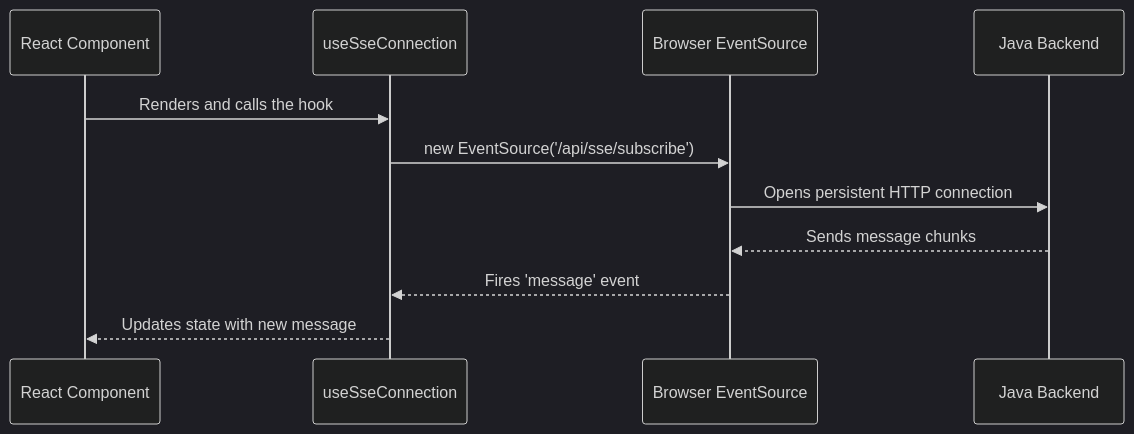
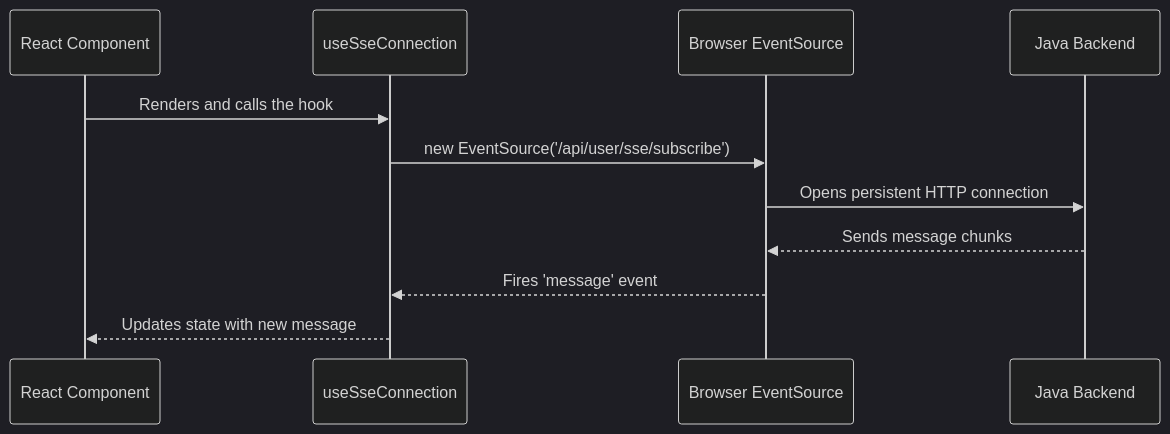
The diagram in broadcast-microservice/docs/00_react_frontend.md (rsrini7/Notification-SSE-GLM-Flux), drawn with Mermaid (dark theme) before and after one commit. The commit also changed 19 other files, not shown here.

First line of the commit message:
refactor(sse): update SSE endpoint paths to include '/user' prefix

````diff
--- a/broadcast-microservice/docs/00_react_frontend.md
+++ b/broadcast-microservice/docs/00_react_frontend.md
@@ -45,14 +45,14 @@
 ```mermaid
 sequenceDiagram
     participant Component as React Component
     participant Hook as useSseConnection
     participant EventSource as Browser EventSource
     participant Backend as Java Backend
 
     Component->>Hook: Renders and calls the hook
-    Hook->>EventSource: new EventSource('/api/sse/subscribe')
+    Hook->>EventSource: new EventSource('/api/user/sse/subscribe')
     EventSource->>Backend: Opens persistent HTTP connection
     Backend-->>EventSource: Sends message chunks
     EventSource-->>Hook: Fires 'message' event
     Hook-->>Component: Updates state with new message
 ```
````
